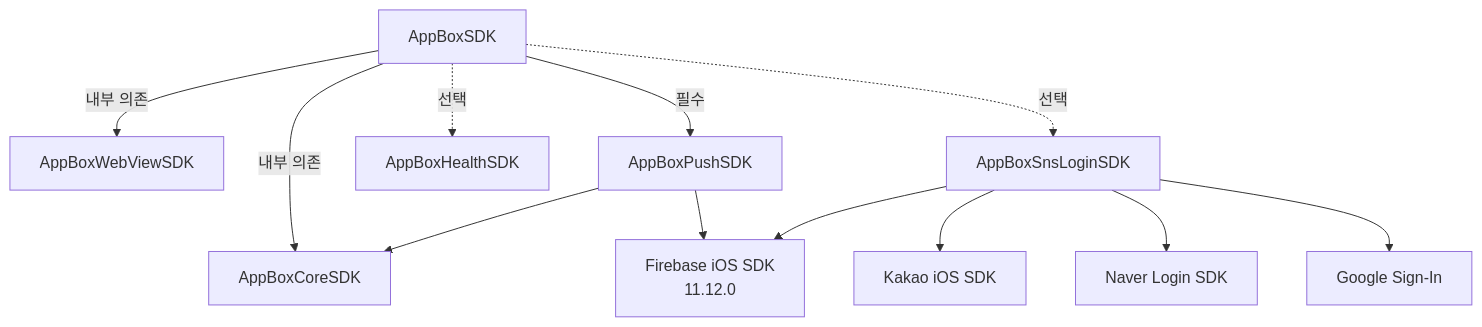
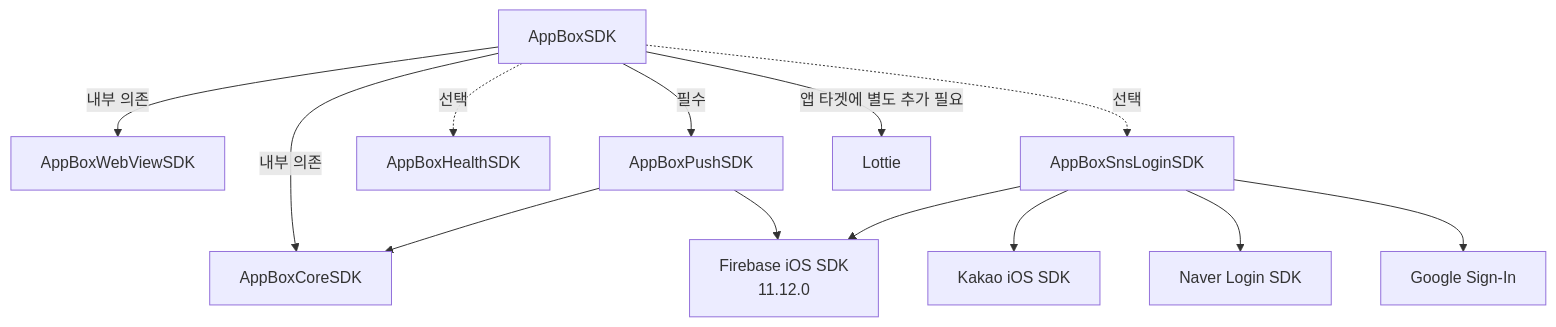
The diagram in README.md (MobilePartnersCo/AppBoxSDKFramwork), drawn with Mermaid before and after one commit. The commit also changed other lines of this file, not shown here.

````diff
--- a/README.md
+++ b/README.md
@@ -101,27 +109,29 @@
 ```mermaid
 graph TB
     AppBoxSDK[AppBoxSDK]
     AppBoxCoreSDK[AppBoxCoreSDK]
     AppBoxWebViewSDK[AppBoxWebViewSDK]
     AppBoxPushSDK[AppBoxPushSDK]
     AppBoxHealthSDK[AppBoxHealthSDK]
     AppBoxSnsLoginSDK[AppBoxSnsLoginSDK]
 
     Firebase[Firebase iOS SDK<br/>11.12.0]
     KakaoSDK[Kakao iOS SDK]
     NaverSDK[Naver Login SDK]
     GoogleSignIn[Google Sign-In]
+    Lottie[Lottie]
 
     AppBoxSDK -->|내부 의존| AppBoxCoreSDK
     AppBoxSDK -->|내부 의존| AppBoxWebViewSDK
     AppBoxSDK -->|필수| AppBoxPushSDK
+    AppBoxSDK -->|앱 타겟에 별도 추가 필요| Lottie
     AppBoxSDK -.->|선택| AppBoxHealthSDK
     AppBoxSDK -.->|선택| AppBoxSnsLoginSDK
 
     AppBoxPushSDK --> AppBoxCoreSDK
     AppBoxPushSDK --> Firebase
     AppBoxSnsLoginSDK --> Firebase
     AppBoxSnsLoginSDK --> KakaoSDK
     AppBoxSnsLoginSDK --> NaverSDK
     AppBoxSnsLoginSDK --> GoogleSignIn
 ```
````
